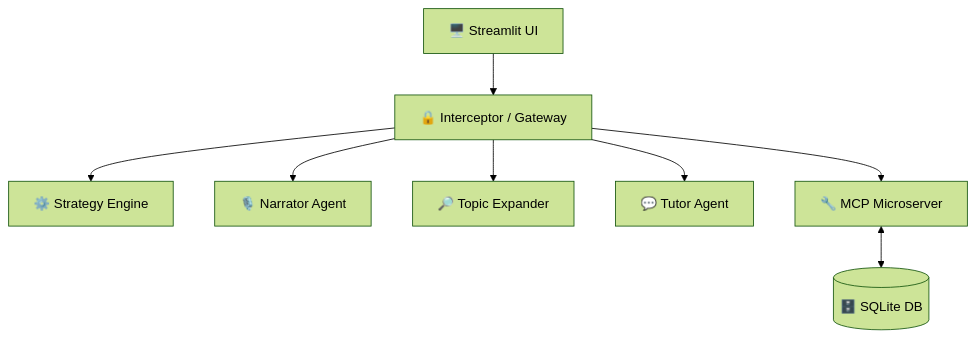
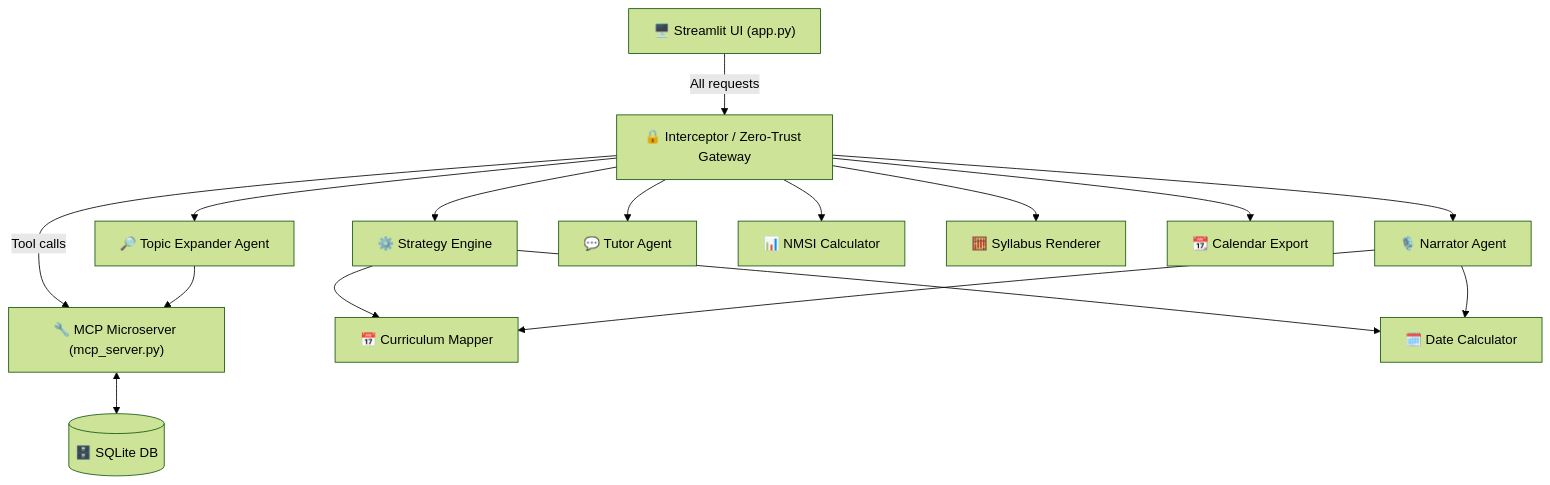
Before and after one commit to Four-to-love/TestPrep_Agent: the diagram in README.md, drawn with Mermaid (forest theme). The commit also changed other lines of this file, not shown here.

Commit message:
README.md

````diff
--- a/README.md
+++ b/README.md
@@ -21,10 +25,28 @@
 ```mermaid
 flowchart TD
-    UI["🖥️ Streamlit UI"] --> GW["🔒 Interceptor / Gateway"]
+    UI["🖥️ Streamlit UI (app.py)"]
+    GW["🔒 Interceptor / Zero-Trust Gateway"]
+    MCP["🔧 MCP Microserver (mcp_server.py)"]
+    DB[("🗄️ SQLite DB")]
+
+    UI -->|"All requests"| GW
+    GW -->|"Tool calls"| MCP
+    MCP <--> DB
+
     GW --> SE["⚙️ Strategy Engine"]
     GW --> NA["🎙️ Narrator Agent"]
-    GW --> TE["🔎 Topic Expander"]
+    GW --> TE["🔎 Topic Expander Agent"]
     GW --> TU["💬 Tutor Agent"]
-    GW --> MCP["🔧 MCP Microserver"]
-    MCP <--> DB[("🗄️ SQLite DB")]
+
+    SE --> CM["📅 Curriculum Mapper"]
+    SE --> DC["🗓️ Date Calculator"]
+
+    NA --> CM
+    NA --> DC
+
+    TE --> MCP
+
+    GW --> NM["📊 NMSI Calculator"]
+    GW --> SR["🧮 Syllabus Renderer"]
+    GW --> CE["📆 Calendar Export"]
 ```
````
